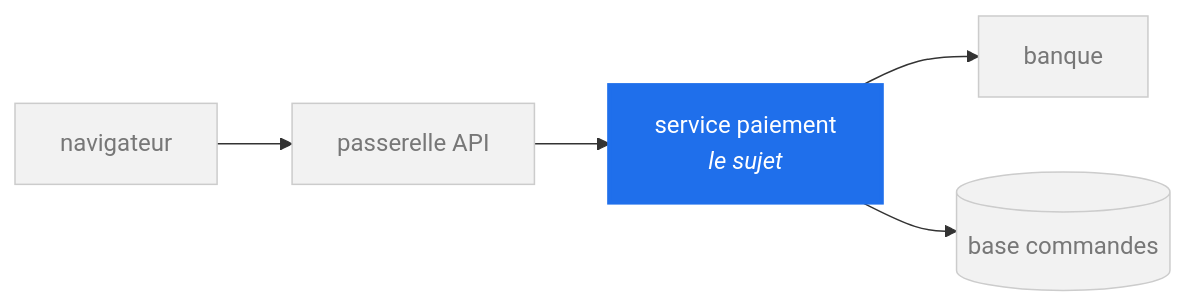
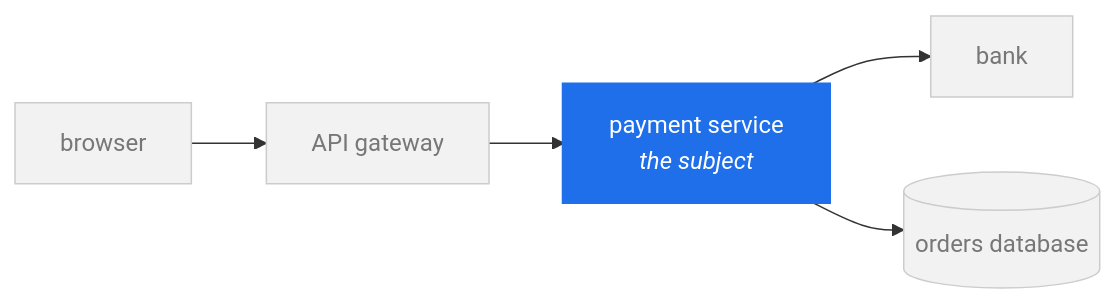
The first of 7 diagrams in skills/se-faire-comprendre/references/visuels.md (MasterLaplace/LplCraftSkills), drawn with Mermaid before and after one commit. The commit also changed other lines of this file and 16 other files, not shown here.

First line of the commit message:
docs: Mermaid diagram text moves to English, the prose stays French

````diff
--- a/skills/se-faire-comprendre/references/visuels.md
+++ b/skills/se-faire-comprendre/references/visuels.md
@@ -15,9 +15,9 @@
 ```mermaid
 flowchart LR
-  U["navigateur"]:::ctx --> G["passerelle API"]:::ctx
-  G --> P["service paiement<br/><i>le sujet</i>"]:::focus
-  P --> B["banque"]:::ctx
-  P --> D[("base commandes")]:::ctx
+  U["browser"]:::ctx --> G["API gateway"]:::ctx
+  G --> P["payment service<br/><i>the subject</i>"]:::focus
+  P --> B["bank"]:::ctx
+  P --> D[("orders database")]:::ctx
   classDef focus fill:#1f6feb,color:#ffffff,stroke:#1f6feb,stroke-width:3px
   classDef ctx fill:#f2f2f2,color:#777777,stroke:#cccccc
 ```
````
